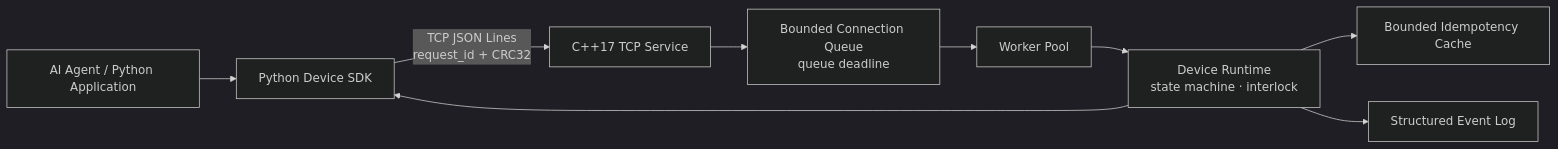
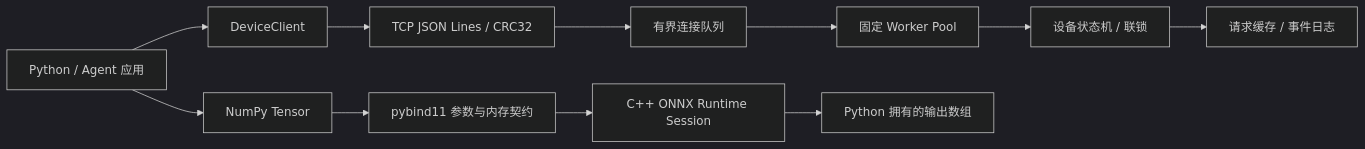
The diagram in README.md (KristenYue/edge-device-verification-lab), drawn with Mermaid (dark theme) before and after one commit. The commit also changed other lines of this file and 4 other files, not shown here.

Commit message:
docs: present engineering architecture and verified project evidence

````diff
--- a/README.md
+++ b/README.md
@@ -69,11 +21,13 @@
 ```mermaid
 flowchart LR
-    A[AI Agent / Python Application] --> P[Python Device SDK]
-    P -->|TCP JSON Lines\nrequest_id + CRC32| S[C++17 TCP Service]
-    S --> Q[Bounded Connection Queue\nqueue deadline]
-    Q --> W[Worker Pool]
-    W --> D[Device Runtime\nstate machine · interlock]
-    D --> C[Bounded Idempotency Cache]
-    D --> E[Structured Event Log]
-    D --> P
+    A[Python / Agent 应用] --> C[DeviceClient]
+    C --> T[TCP JSON Lines / CRC32]
+    T --> Q[有界连接队列]
+    Q --> W[固定 Worker Pool]
+    W --> D[设备状态机 / 联锁]
+    D --> I[请求缓存 / 事件日志]
+    A --> N[NumPy Tensor]
+    N --> B[pybind11 参数与内存契约]
+    B --> O[C++ ONNX Runtime Session]
+    O --> E[Python 拥有的输出数组]
 ```
````
